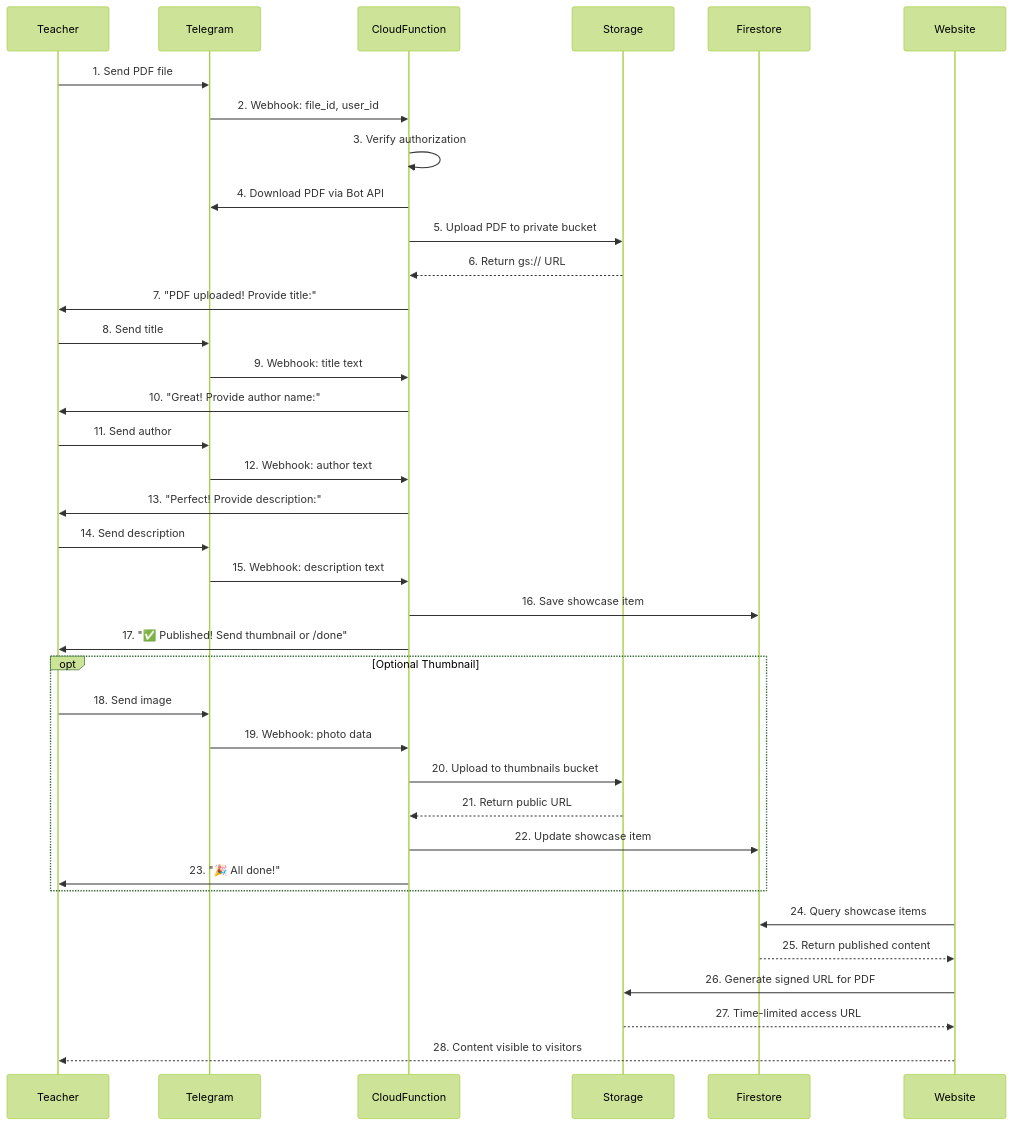
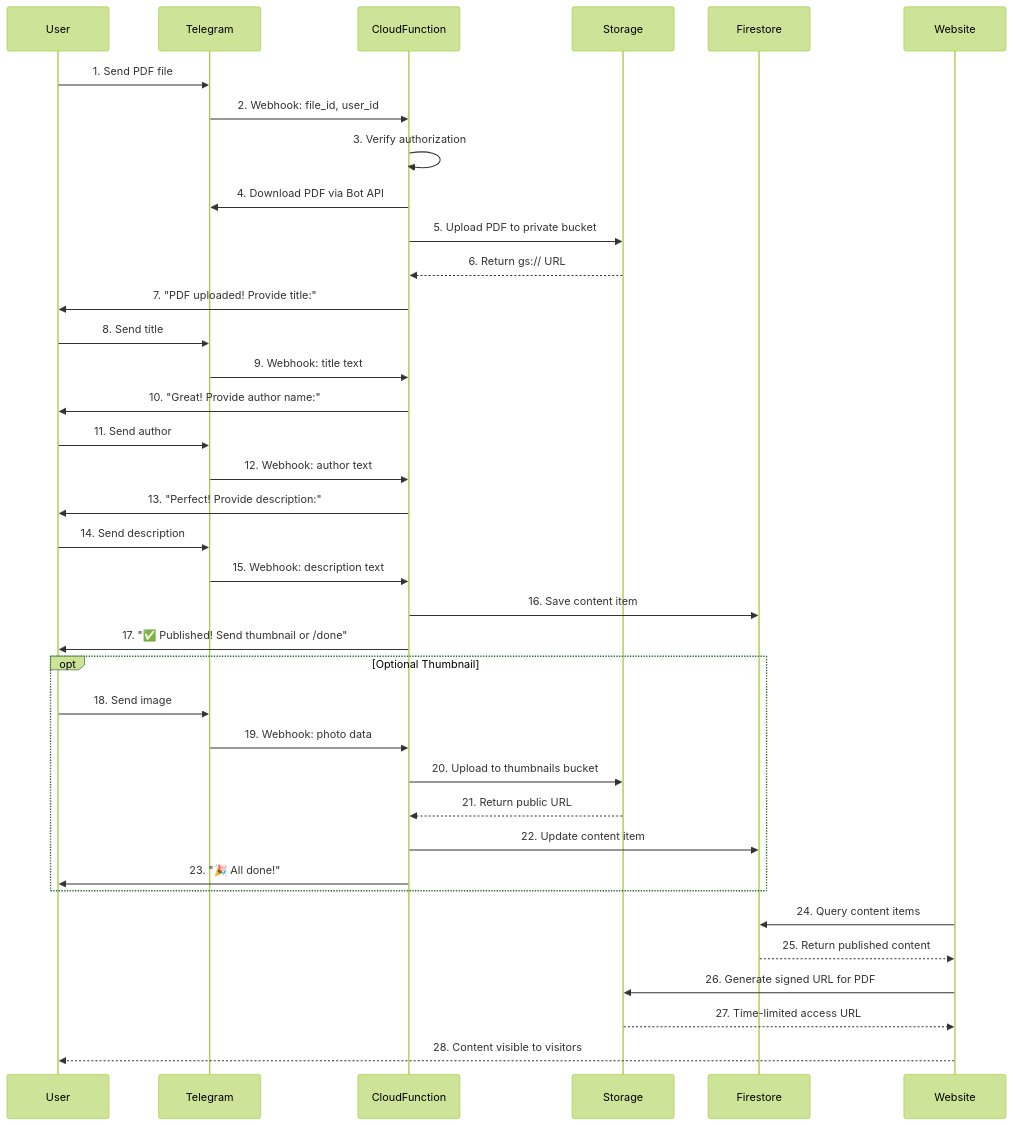
The second of 4 diagrams in ARCHITECTURE.md (harryneopotter/teacher-website-public), drawn with Mermaid (forest theme) before and after one commit. The commit also changed other lines of this file and 3 other files, not shown here.

First line of the commit message:
Docs: Rebrand project to Telegram CMS Website

````diff
--- a/ARCHITECTURE.md
+++ b/ARCHITECTURE.md
@@ -106,45 +106,45 @@
 ```mermaid
 sequenceDiagram
-    participant Teacher
+    participant User
     participant Telegram
     participant CloudFunction
     participant Storage
     participant Firestore
     participant Website
 
-    Teacher->>Telegram: 1. Send PDF file
+    User->>Telegram: 1. Send PDF file
     Telegram->>CloudFunction: 2. Webhook: file_id, user_id
     CloudFunction->>CloudFunction: 3. Verify authorization
     CloudFunction->>Telegram: 4. Download PDF via Bot API
     CloudFunction->>Storage: 5. Upload PDF to private bucket
     Storage-->>CloudFunction: 6. Return gs:// URL
-    CloudFunction->>Teacher: 7. "PDF uploaded! Provide title:"
+    CloudFunction->>User: 7. "PDF uploaded! Provide title:"
     
-    Teacher->>Telegram: 8. Send title
+    User->>Telegram: 8. Send title
     Telegram->>CloudFunction: 9. Webhook: title text
-    CloudFunction->>Teacher: 10. "Great! Provide author name:"
+    CloudFunction->>User: 10. "Great! Provide author name:"
     
-    Teacher->>Telegram: 11. Send author
+    User->>Telegram: 11. Send author
     Telegram->>CloudFunction: 12. Webhook: author text
-    CloudFunction->>Teacher: 13. "Perfect! Provide description:"
+    CloudFunction->>User: 13. "Perfect! Provide description:"
     
-    Teacher->>Telegram: 14. Send description
+    User->>Telegram: 14. Send description
     Telegram->>CloudFunction: 15. Webhook: description text
-    CloudFunction->>Firestore: 16. Save showcase item
-    CloudFunction->>Teacher: 17. "✅ Published! Send thumbnail or /done"
+    CloudFunction->>Firestore: 16. Save content item
+    CloudFunction->>User: 17. "✅ Published! Send thumbnail or /done"
     
     opt Optional Thumbnail
-        Teacher->>Telegram: 18. Send image
+        User->>Telegram: 18. Send image
         Telegram->>CloudFunction: 19. Webhook: photo data
         CloudFunction->>Storage: 20. Upload to thumbnails bucket
         Storage-->>CloudFunction: 21. Return public URL
-        CloudFunction->>Firestore: 22. Update showcase item
-        CloudFunction->>Teacher: 23. "🎉 All done!"
+        CloudFunction->>Firestore: 22. Update content item
+        CloudFunction->>User: 23. "🎉 All done!"
     end
     
-    Website->>Firestore: 24. Query showcase items
+    Website->>Firestore: 24. Query content items
     Firestore-->>Website: 25. Return published content
     Website->>Storage: 26. Generate signed URL for PDF
     Storage-->>Website: 27. Time-limited access URL
-    Website-->>Teacher: 28. Content visible to visitors
+    Website-->>User: 28. Content visible to visitors
 ```
````
